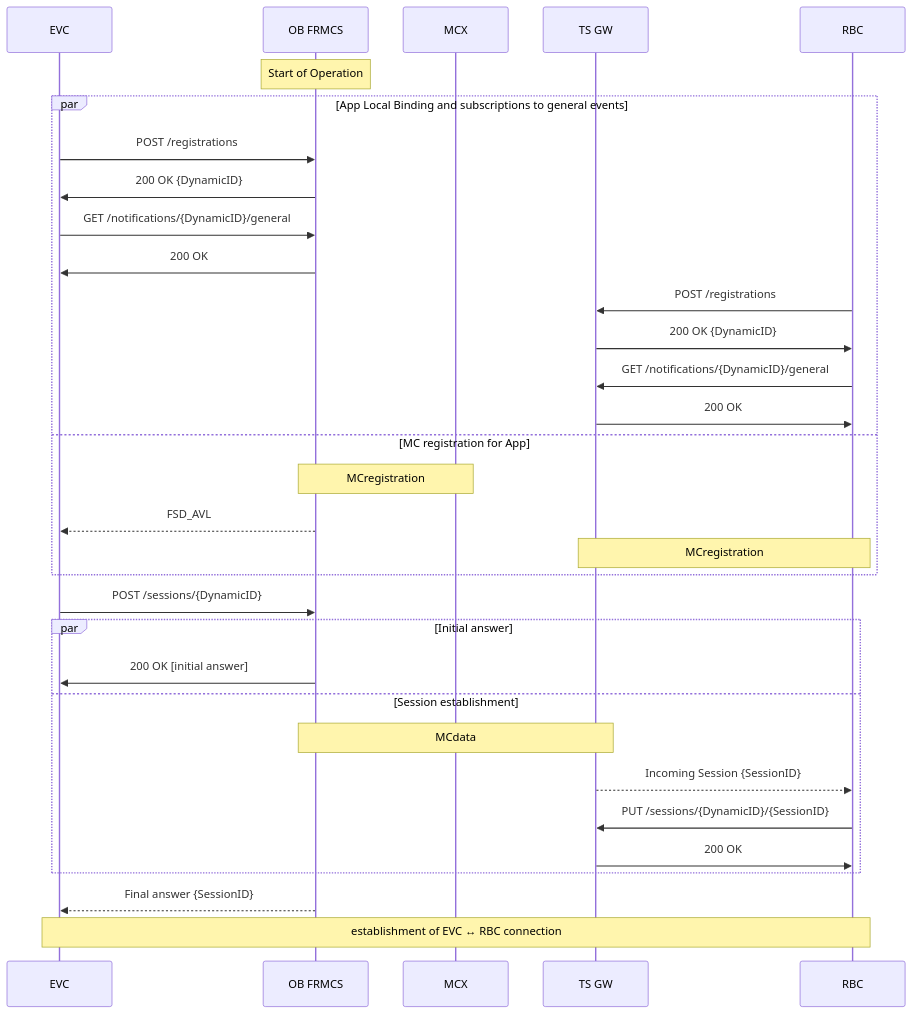
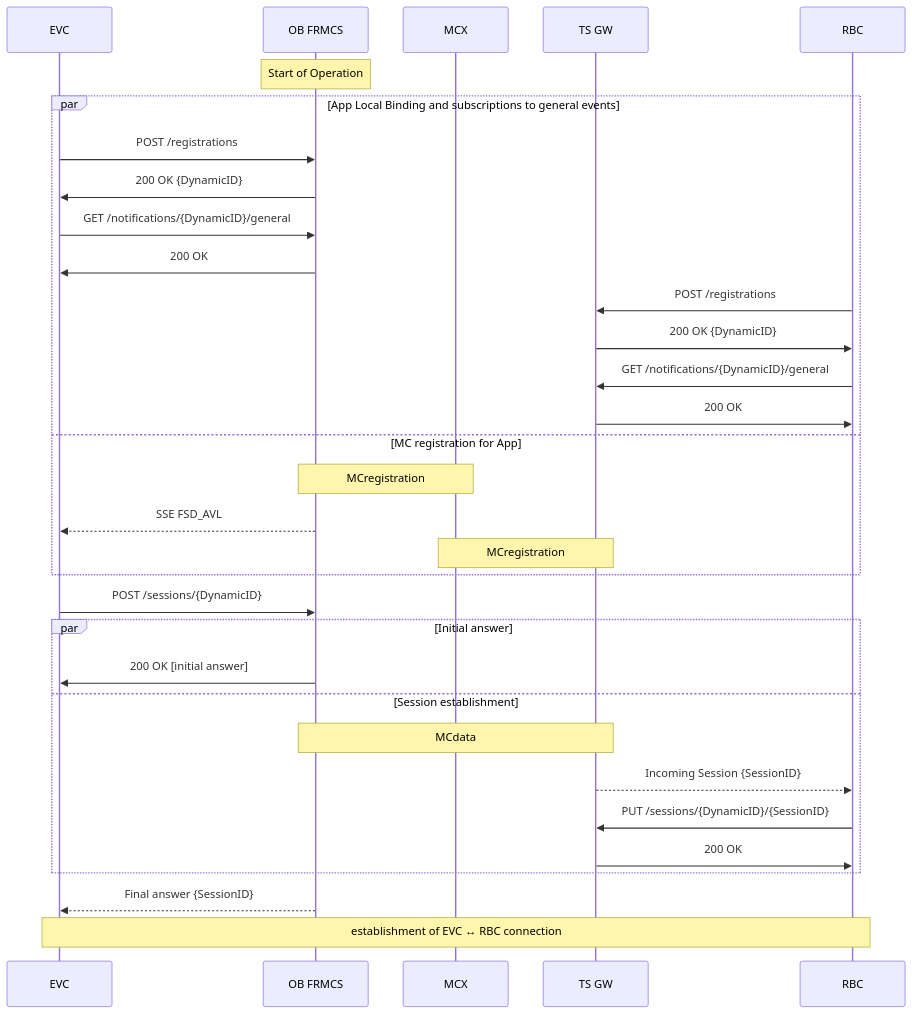
The second of 3 diagrams in API/README.md (UICrail/FRMCSSandbox), drawn with Mermaid before and after one commit. The commit also changed other lines of this file, not shown here.

Commit message:
README.md - ETCTS flow typo corrections

````diff
--- a/API/README.md
+++ b/API/README.md
@@ -55,40 +55,40 @@
 ```mermaid
 
 sequenceDiagram
 participant A as EVC
 participant O as OB FRMCS
 participant M as MCX
 participant T as TS GW
 participant B as RBC
 
 Note over O: Start of Operation
 par App Local Binding and subscriptions to general events
 	%Note over LCAppOB,OBfrmcs: OBapp local binding
 	A->>O: POST /registrations
 	O->>A: 200 OK {DynamicID}
 	A->>O: GET /notifications/{DynamicID}/general
 	O->>A: 200 OK
 	B->>T: POST /registrations
 	T->>B: 200 OK {DynamicID}
 	B->>T: GET /notifications/{DynamicID}/general
 	T->>B: 200 OK
 and MC registration for App
 	Note over O,M: MCregistration
-	O-->>A: FSD_AVL
-	Note over T,B: MCregistration
+	O-->>A: SSE FSD_AVL
+	Note over T,M: MCregistration
 end
 
 %open session
 A->>O:	POST /sessions/{DynamicID}
 par Initial answer
 	O->>A:	200 OK [initial answer]
 and Session establishment
 	Note over O,T: MCdata
 	T-->>B:	Incoming Session {SessionID}
 	B->>T:	PUT /sessions/{DynamicID}/{SessionID}
 	T->>B: 200 OK
 end
 O-->>A:	Final answer {SessionID}	
 Note over A,B: establishment of EVC ↔ RBC connection
 
 ```
````
